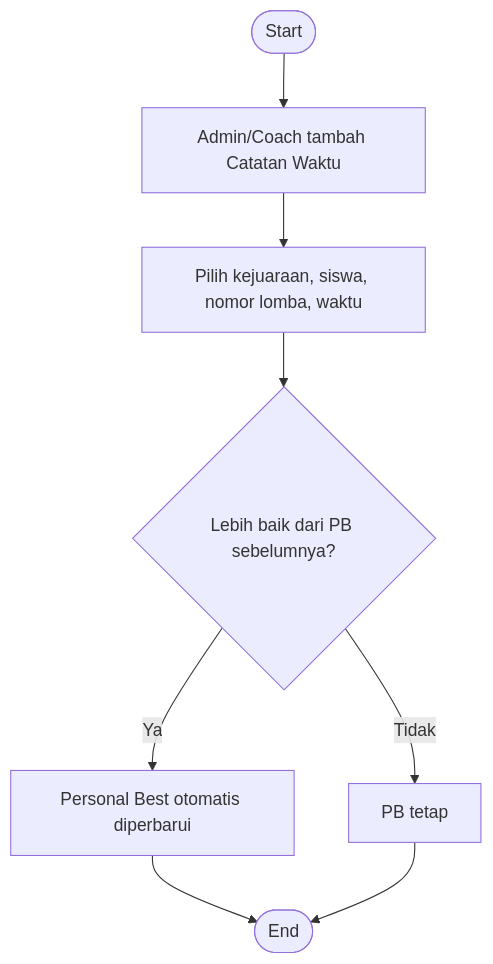
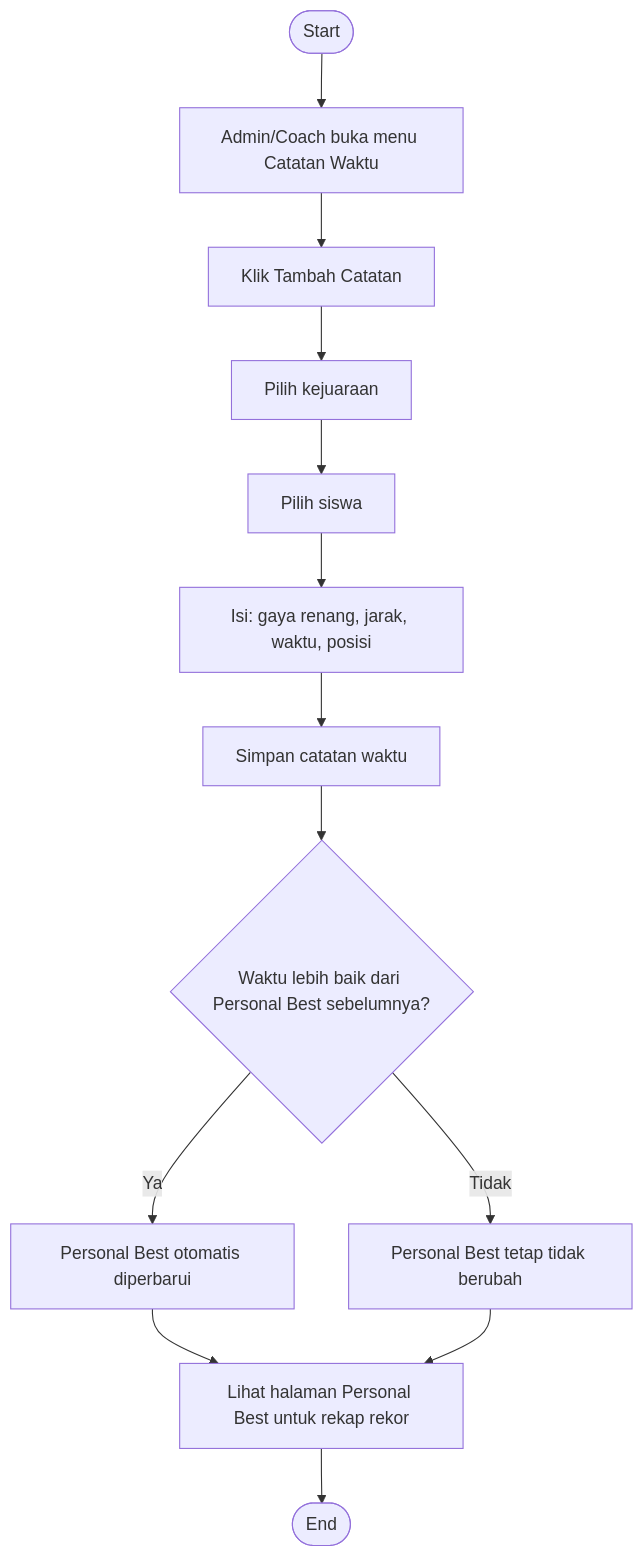
One commit to Hendrasetyawan1945/sistem-manajemen-kolam changed the sixth of 11 diagrams in docs/alur-sistem.md. Above: the diagram before and after it, drawn with Mermaid. The commit also changed other lines of this file and 1 other file, not shown here.

````diff
--- a/docs/alur-sistem.md
+++ b/docs/alur-sistem.md
@@ -66,10 +157,15 @@
 ```mermaid
 flowchart TD
-    A([Start]) --> B[Admin/Coach tambah Catatan Waktu]
-    B --> C[Pilih kejuaraan, siswa, nomor lomba, waktu]
-    C --> D{Lebih baik dari PB sebelumnya?}
-    D -->|Ya| E[Personal Best otomatis diperbarui]
-    D -->|Tidak| F[PB tetap]
-    E --> G([End])
-    F --> G
+    A([Start]) --> B[Admin/Coach buka menu Catatan Waktu]
+    B --> C[Klik Tambah Catatan]
+    C --> D[Pilih kejuaraan]
+    D --> E[Pilih siswa]
+    E --> F[Isi: gaya renang, jarak, waktu, posisi]
+    F --> G[Simpan catatan waktu]
+    G --> H{Waktu lebih baik dari Personal Best sebelumnya?}
+    H -->|Ya| I[Personal Best otomatis diperbarui]
+    H -->|Tidak| J[Personal Best tetap tidak berubah]
+    I --> K[Lihat halaman Personal Best untuk rekap rekor]
+    J --> K
+    K --> L([End])
 ```
````
